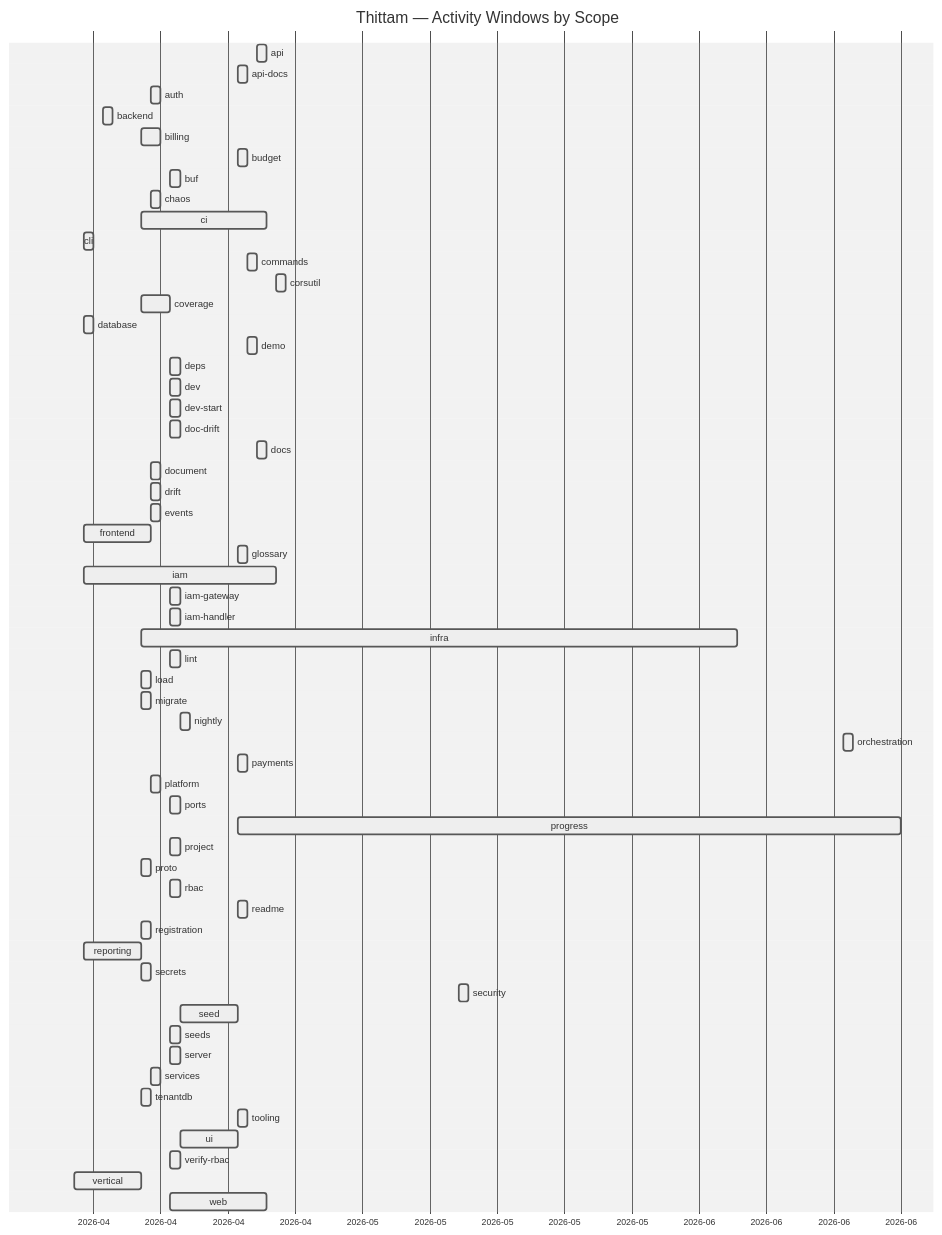
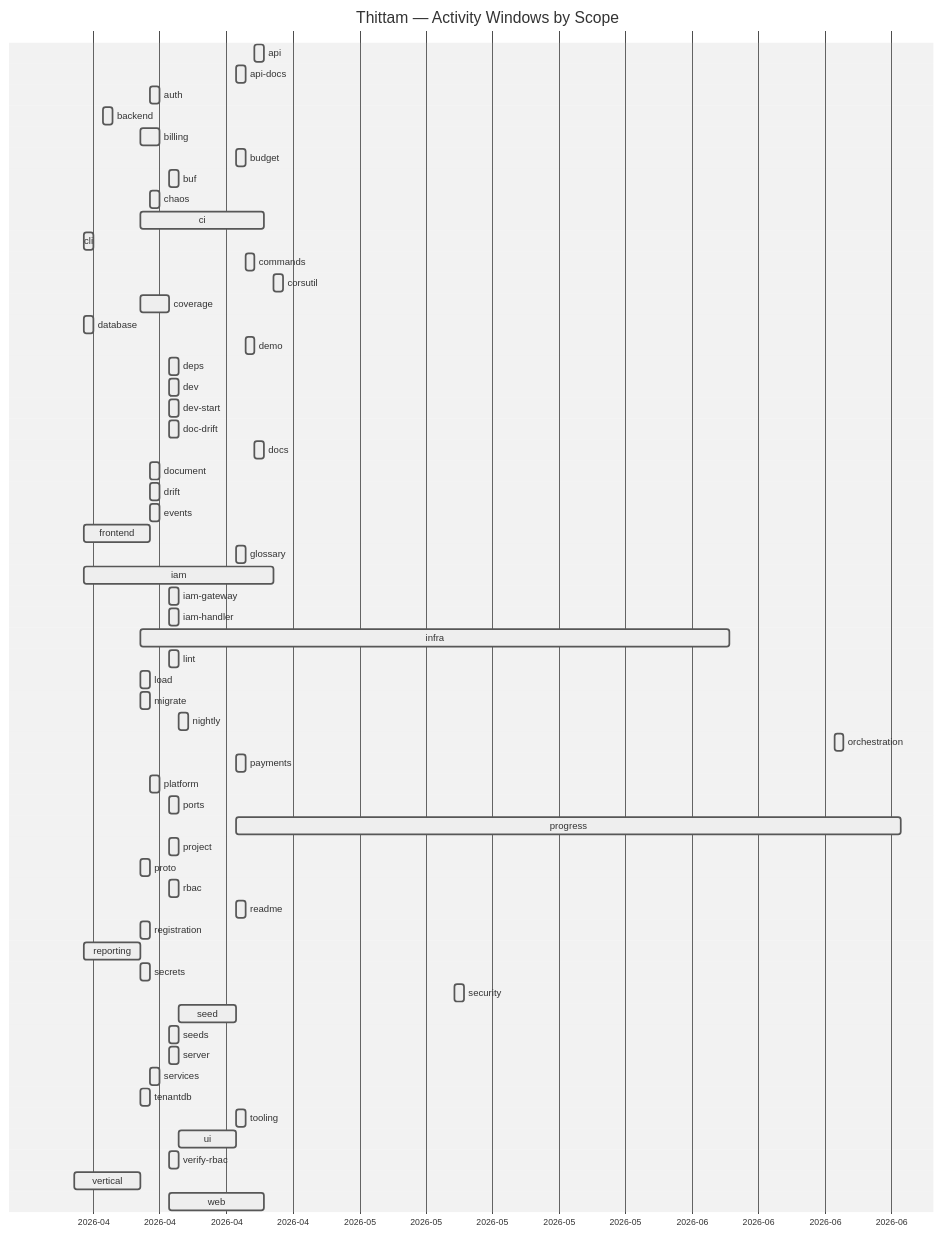
The diagram in docs/PROGRESS.md (wegofwd2020-hub/thittam), drawn with Mermaid (neutral theme) before and after one commit. The commit also changed other lines of this file and 1 other file, not shown here.

Commit message:
chore(progress): nightly update of docs/PROGRESS.md + CSVs

````diff
--- a/docs/PROGRESS.md
+++ b/docs/PROGRESS.md
@@ -9,62 +9,62 @@
 ```mermaid
 gantt
     title Thittam — Activity Windows by Scope
     dateFormat YYYY-MM-DD
     axisFormat %Y-%m
     api                :active, s_api, 2026-04-22, 2026-04-23
     api-docs           :active, s_api_docs, 2026-04-20, 2026-04-21
     auth               :active, s_auth, 2026-04-11, 2026-04-12
     backend            :active, s_backend, 2026-04-06, 2026-04-07
     billing            :active, s_billing, 2026-04-10, 2026-04-12
     budget             :active, s_budget, 2026-04-20, 2026-04-21
     buf                :active, s_buf, 2026-04-13, 2026-04-14
     chaos              :active, s_chaos, 2026-04-11, 2026-04-12
     ci                 :active, s_ci, 2026-04-10, 2026-04-23
     cli                :active, s_cli, 2026-04-04, 2026-04-05
     commands           :active, s_commands, 2026-04-21, 2026-04-22
     corsutil           :active, s_corsutil, 2026-04-24, 2026-04-25
     coverage           :active, s_coverage, 2026-04-10, 2026-04-13
     database           :active, s_database, 2026-04-04, 2026-04-05
     demo               :active, s_demo, 2026-04-21, 2026-04-22
     deps               :active, s_deps, 2026-04-13, 2026-04-14
     dev                :active, s_dev, 2026-04-13, 2026-04-14
     dev-start          :active, s_dev_start, 2026-04-13, 2026-04-14
     doc-drift          :active, s_doc_drift, 2026-04-13, 2026-04-14
     docs               :active, s_docs, 2026-04-22, 2026-04-23
     document           :active, s_document, 2026-04-11, 2026-04-12
     drift              :active, s_drift, 2026-04-11, 2026-04-12
     events             :active, s_events, 2026-04-11, 2026-04-12
     frontend           :active, s_frontend, 2026-04-04, 2026-04-11
     glossary           :active, s_glossary, 2026-04-20, 2026-04-21
     iam                :active, s_iam, 2026-04-04, 2026-04-24
     iam-gateway        :active, s_iam_gateway, 2026-04-13, 2026-04-14
     iam-handler        :active, s_iam_handler, 2026-04-13, 2026-04-14
     infra              :active, s_infra, 2026-04-10, 2026-06-11
     lint               :active, s_lint, 2026-04-13, 2026-04-14
     load               :active, s_load, 2026-04-10, 2026-04-11
     migrate            :active, s_migrate, 2026-04-10, 2026-04-11
     nightly            :active, s_nightly, 2026-04-14, 2026-04-15
     orchestration      :active, s_orchestration, 2026-06-22, 2026-06-23
     payments           :active, s_payments, 2026-04-20, 2026-04-21
     platform           :active, s_platform, 2026-04-11, 2026-04-12
     ports              :active, s_ports, 2026-04-13, 2026-04-14
-    progress           :active, s_progress, 2026-04-20, 2026-06-28
+    progress           :active, s_progress, 2026-04-20, 2026-06-29
     project            :active, s_project, 2026-04-13, 2026-04-14
     proto              :active, s_proto, 2026-04-10, 2026-04-11
     rbac               :active, s_rbac, 2026-04-13, 2026-04-14
     readme             :active, s_readme, 2026-04-20, 2026-04-21
     registration       :active, s_registration, 2026-04-10, 2026-04-11
     reporting          :active, s_reporting, 2026-04-04, 2026-04-10
     secrets            :active, s_secrets, 2026-04-10, 2026-04-11
     security           :active, s_security, 2026-05-13, 2026-05-14
     seed               :active, s_seed, 2026-04-14, 2026-04-20
     seeds              :active, s_seeds, 2026-04-13, 2026-04-14
     server             :active, s_server, 2026-04-13, 2026-04-14
     services           :active, s_services, 2026-04-11, 2026-04-12
     tenantdb           :active, s_tenantdb, 2026-04-10, 2026-04-11
     tooling            :active, s_tooling, 2026-04-20, 2026-04-21
     ui                 :active, s_ui, 2026-04-14, 2026-04-20
     verify-rbac        :active, s_verify_rbac, 2026-04-13, 2026-04-14
     vertical           :active, s_vertical, 2026-04-03, 2026-04-10
     web                :active, s_web, 2026-04-13, 2026-04-23
 ```
````
